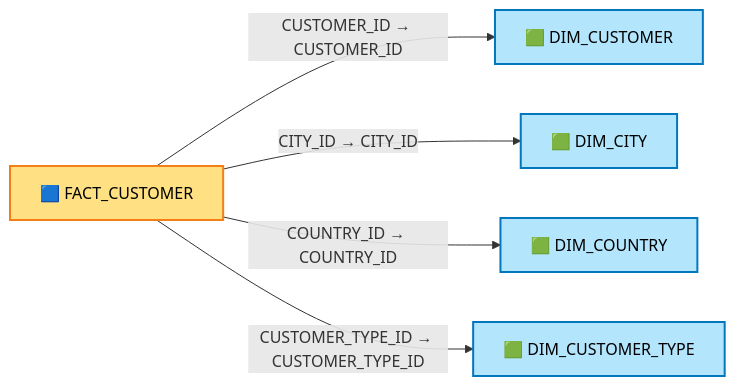
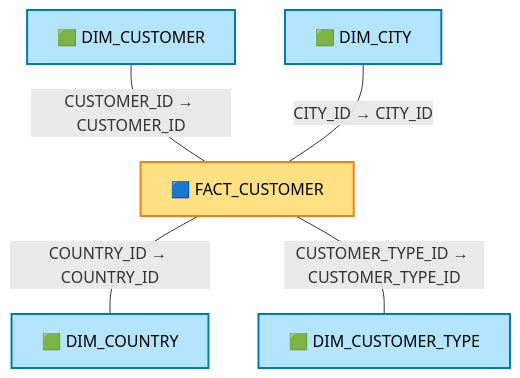
Before and after one commit to Kshitijavir/aws-pipelines-september-2026: the fourth of 9 diagrams in 03) Snowflake/60.1) Data Modelling/02) STAR schema/02) STAR schema.md, drawn with Mermaid. The commit also changed other lines of this file, not shown here.

First line of the commit message:
Arrange star schema diagrams with dimensions around the fact table

````diff
--- a/03) Snowflake/60.1) Data Modelling/02) STAR schema/02) STAR schema.md
+++ b/03) Snowflake/60.1) Data Modelling/02) STAR schema/02) STAR schema.md
@@ -228,18 +228,18 @@
 ```mermaid
-flowchart LR
-    F["🟦 FACT_CUSTOMER"]
+flowchart TB
     DC["🟩 DIM_CUSTOMER"]
     DCI["🟩 DIM_CITY"]
+    F["🟦 FACT_CUSTOMER"]
     DCO["🟩 DIM_COUNTRY"]
     DCT["🟩 DIM_CUSTOMER_TYPE"]
 
-    F -- "CUSTOMER_ID → CUSTOMER_ID" --> DC
-    F -- "CITY_ID → CITY_ID" --> DCI
-    F -- "COUNTRY_ID → COUNTRY_ID" --> DCO
-    F -- "CUSTOMER_TYPE_ID → CUSTOMER_TYPE_ID" --> DCT
+    DC -- "CUSTOMER_ID → CUSTOMER_ID" --- F
+    DCI -- "CITY_ID → CITY_ID" --- F
+    F -- "COUNTRY_ID → COUNTRY_ID" --- DCO
+    F -- "CUSTOMER_TYPE_ID → CUSTOMER_TYPE_ID" --- DCT
 
     classDef fact fill:#ffe082,stroke:#f57f17,stroke-width:2px,color:#000000
     classDef dim fill:#b3e5fc,stroke:#0277bd,stroke-width:2px,color:#000000
     class F fact
     class DC,DCI,DCO,DCT dim
 ```
````
